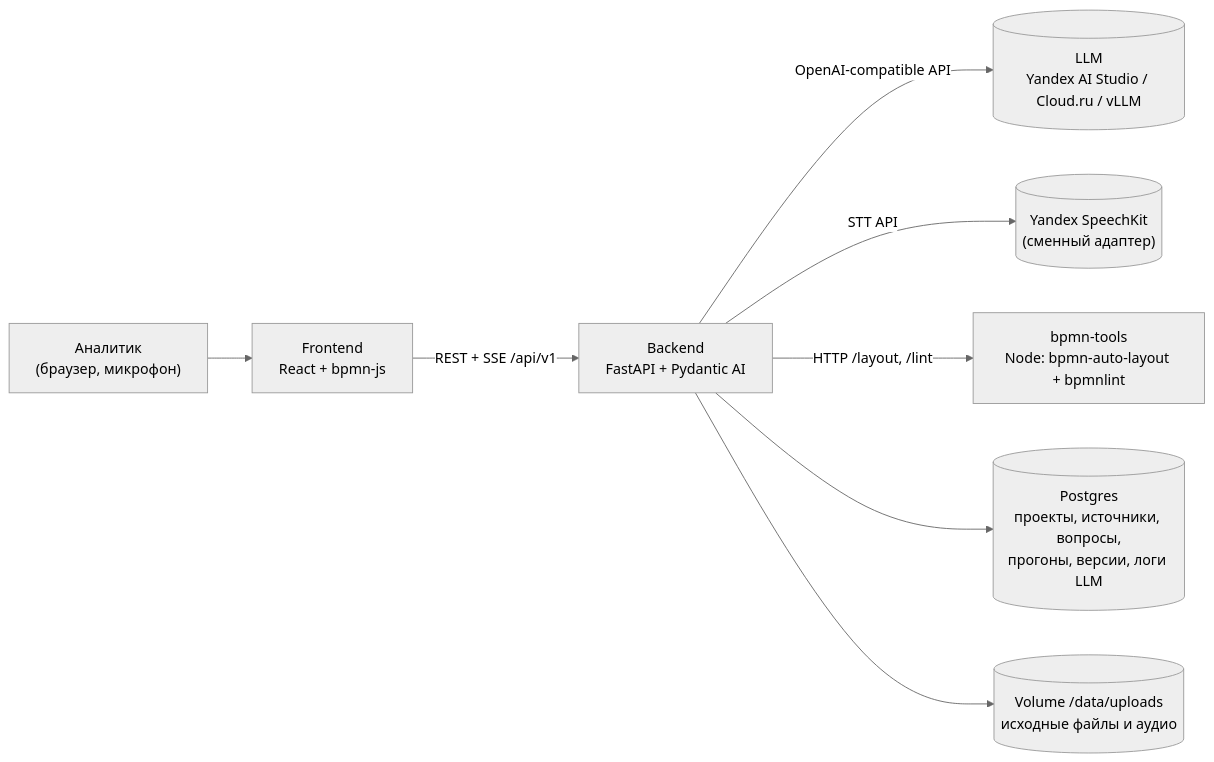
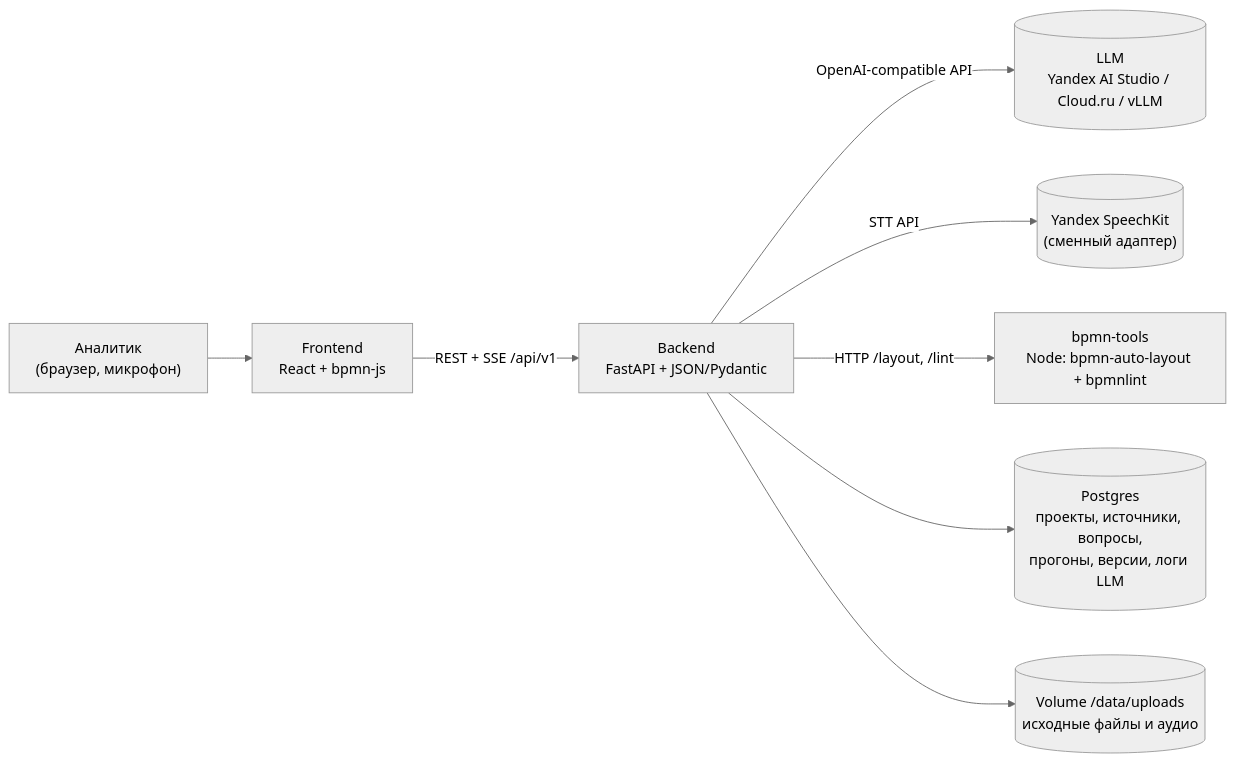
Before and after one commit to MattoYuzuru/BPMN.Space: the third of 8 diagrams in docs/rfc/0001-architecture.md, drawn with Mermaid (neutral theme). The commit also changed other lines of this file and 11 other files, not shown here.

Commit message:
docs(architecture): reconcile generation and evidence contracts

````diff
--- a/docs/rfc/0001-architecture.md
+++ b/docs/rfc/0001-architecture.md
@@ -165,10 +165,10 @@
 ```mermaid
 flowchart LR
     U["Аналитик<br/>(браузер, микрофон)"] --> FE["Frontend<br/>React + bpmn-js"]
-    FE -->|"REST + SSE /api/v1"| BE["Backend<br/>FastAPI + Pydantic AI"]
+    FE -->|"REST + SSE /api/v1"| BE["Backend<br/>FastAPI + JSON/Pydantic"]
     BE -->|"OpenAI-compatible API"| LLM[("LLM<br/>Yandex AI Studio / Cloud.ru / vLLM")]
     BE -->|"STT API"| STT[("Yandex SpeechKit<br/>(сменный адаптер)")]
     BE -->|"HTTP /layout, /lint"| BT["bpmn-tools<br/>Node: bpmn-auto-layout + bpmnlint"]
     BE --> DB[("Postgres<br/>проекты, источники, вопросы,<br/>прогоны, версии, логи LLM")]
     BE --> FS[("Volume /data/uploads<br/>исходные файлы и аудио")]
 ```
````
